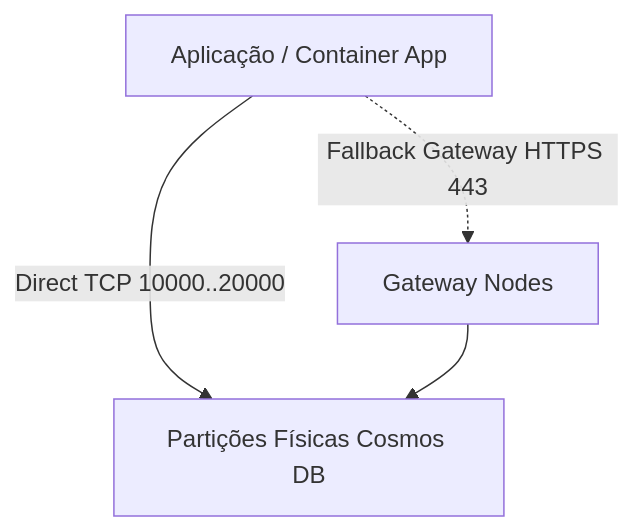
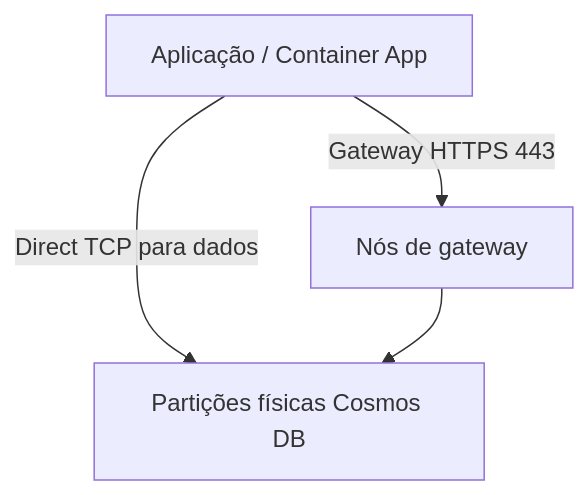
Before and after one commit to joaovpimenta/azure-ai-200: the diagram in generation/templates/concept.md, drawn with Mermaid. The commit also changed other lines of this file and 65 other files, not shown here.

````diff
--- a/generation/templates/concept.md
+++ b/generation/templates/concept.md
@@ -79,6 +72,6 @@
 ```mermaid
 flowchart TD
-    App[Aplicação / Container App] -->|Direct TCP 10000..20000| Backend[Partições Físicas Cosmos DB]
-    App -.->|Fallback Gateway HTTPS 443| Gateway[Gateway Nodes]
+    App[Aplicação / Container App] -->|Direct TCP para dados| Backend[Partições físicas Cosmos DB]
+    App -->|Gateway HTTPS 443| Gateway[Nós de gateway]
     Gateway --> Backend
 ```
````
